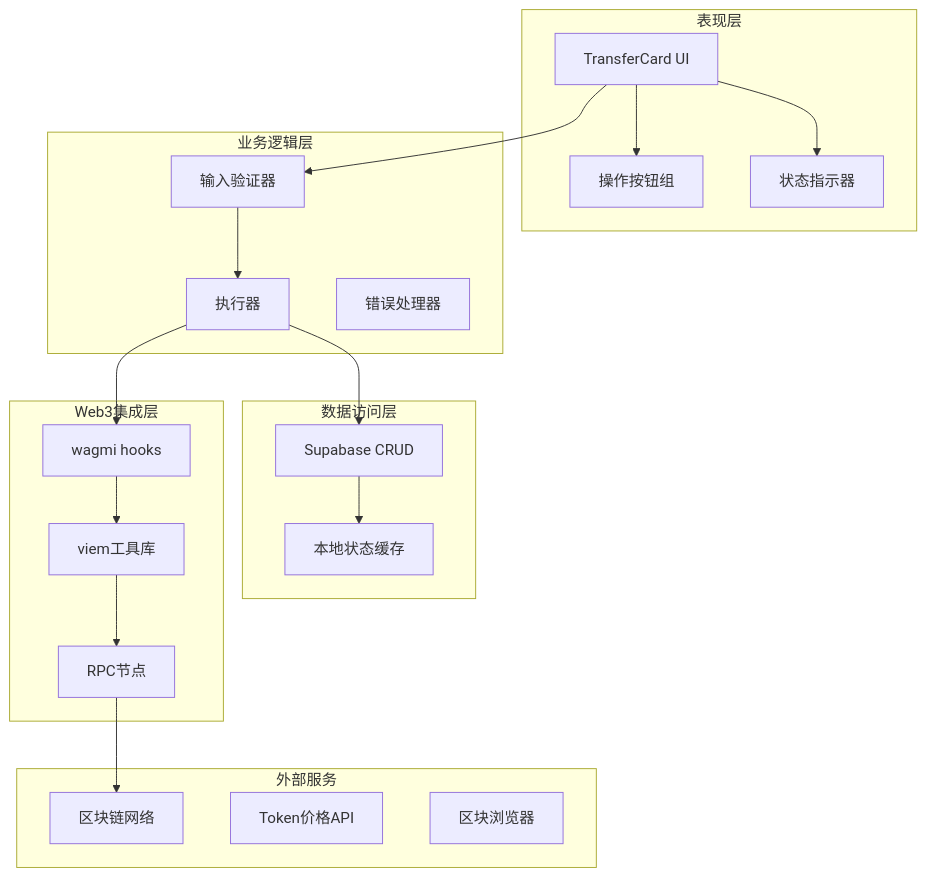
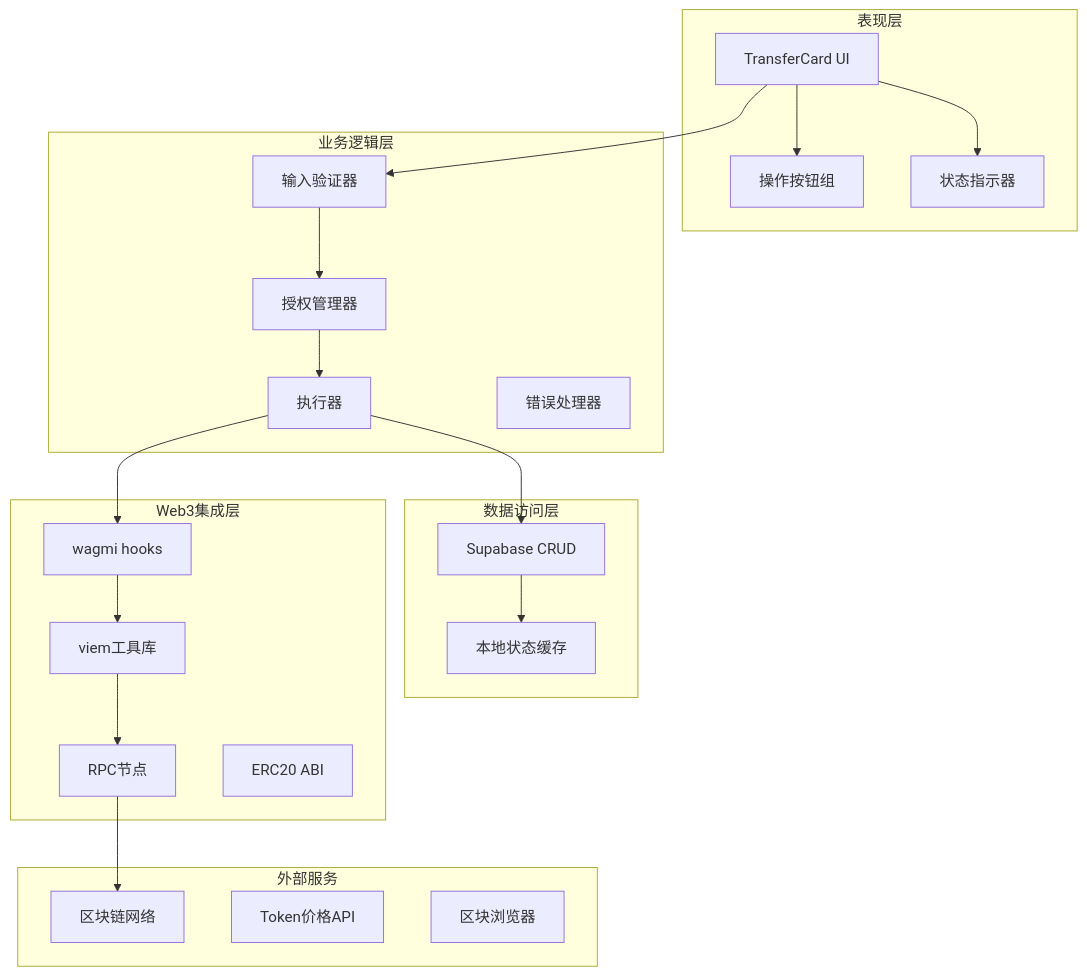
Before and after one commit to CryptoLinxu/Web3-AI-Agent: the third of 12 diagrams in .qoder/repowiki/zh/content/项目概述/整体架构概览/Web应用程序/TransferCard转账卡片组件.md, drawn with Mermaid. The commit also changed other lines of this file and 18 other files, not shown here.

````diff
--- a/.qoder/repowiki/zh/content/项目概述/整体架构概览/Web应用程序/TransferCard转账卡片组件.md
+++ b/.qoder/repowiki/zh/content/项目概述/整体架构概览/Web应用程序/TransferCard转账卡片组件.md
@@ -128,37 +139,40 @@
 ```mermaid
 graph TB
 subgraph "表现层"
 UI[TransferCard UI]
 Buttons[操作按钮组]
 Status[状态指示器]
 end
 subgraph "业务逻辑层"
 Validator[输入验证器]
 Executor[执行器]
 ErrorHandler[错误处理器]
+ApprovalManager[授权管理器]
 end
 subgraph "数据访问层"
 Supabase[Supabase CRUD]
 LocalStorage[本地状态缓存]
 end
 subgraph "Web3集成层"
 Wagmi[wagmi hooks]
 Viem[viem工具库]
 RPC[RPC节点]
+ERC20ABI[ERC20 ABI]
 end
 subgraph "外部服务"
 Blockchain[区块链网络]
 Coingecko[Token价格API]
 Explorer[区块浏览器]
 end
 UI --> Validator
-Validator --> Executor
+Validator --> ApprovalManager
+ApprovalManager --> Executor
 Executor --> Wagmi
 Wagmi --> Viem
 Viem --> RPC
 RPC --> Blockchain
 Executor --> Supabase
 Supabase --> LocalStorage
 UI --> Status
 UI --> Buttons
 ```
````
